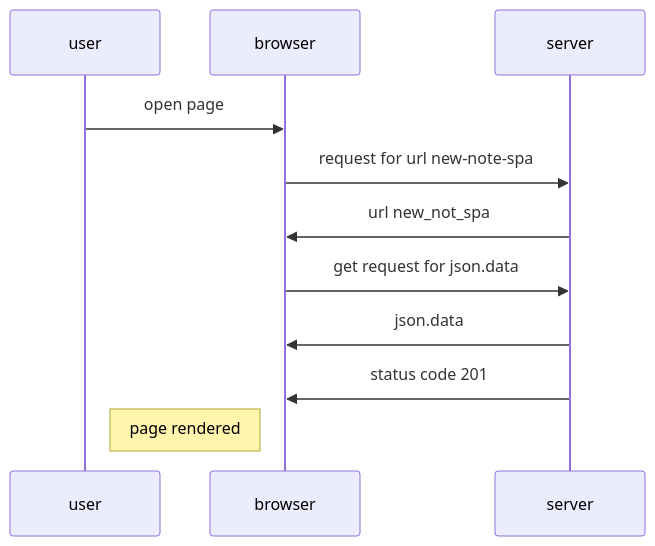
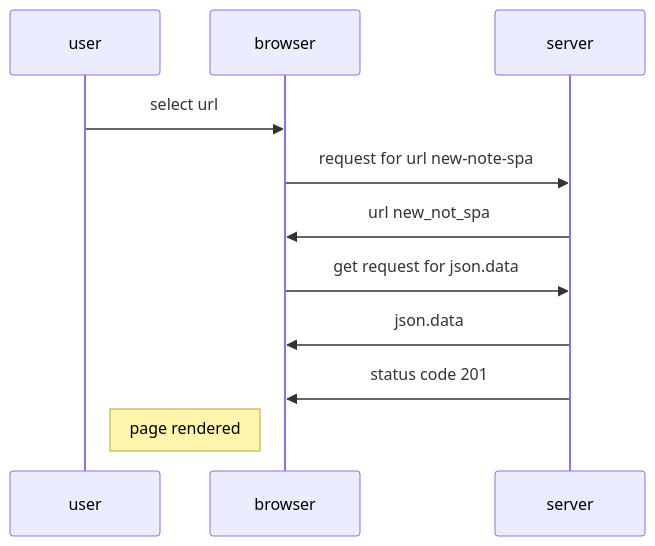
One commit to relleka/full-stack-open-2022-001 changed the diagram in Exercise 0.5.md. Above: the diagram before and after it, drawn with Mermaid.

Commit message:
Update Exercise 0.5.md

````diff
--- a/Exercise 0.5.md
+++ b/Exercise 0.5.md
@@ -1,10 +1,10 @@
 ```mermaid
 sequenceDiagram
-user->>browser: open page 
+user->>browser: select url
 browser->>server: request for url new-note-spa
 server->>browser: url new_not_spa
 browser->>server: get request for json.data
 server->>browser: json.data 
 server->>browser: status code 201 
 note left of browser: page rendered
 ```
````
